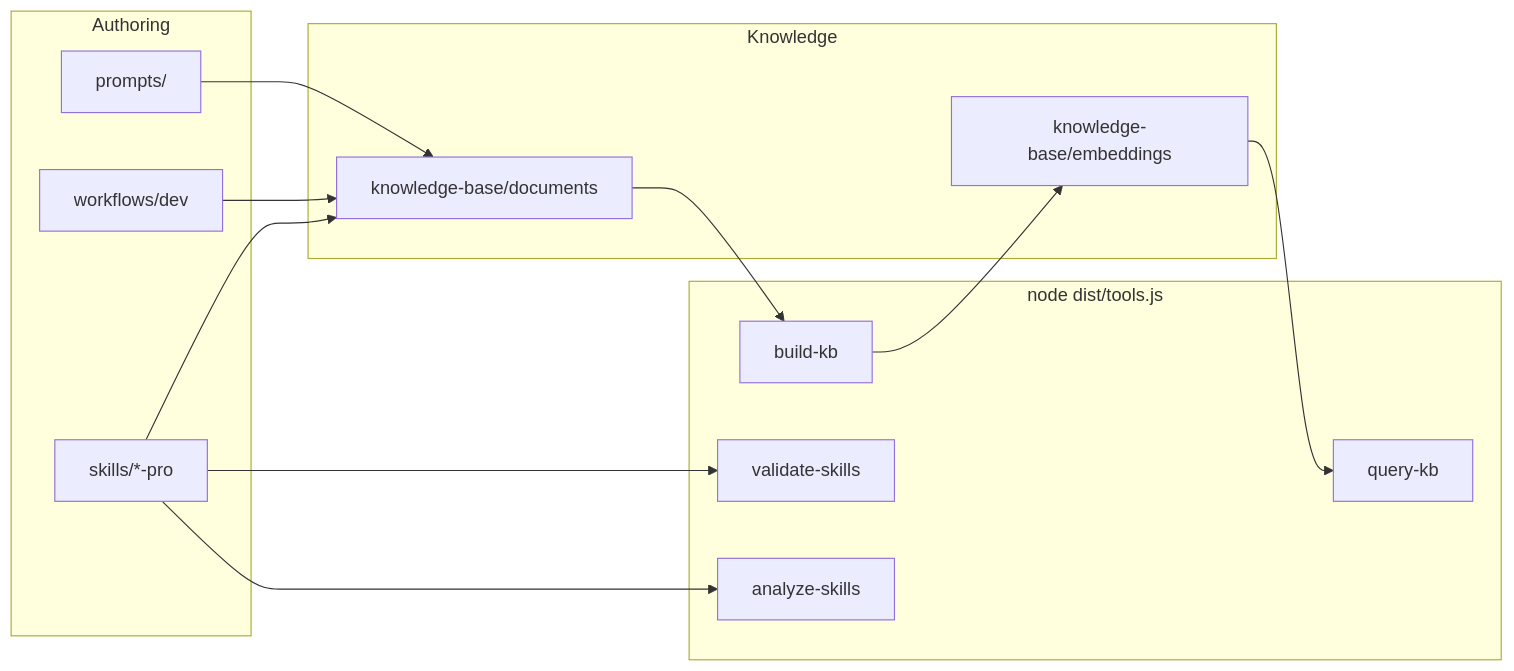
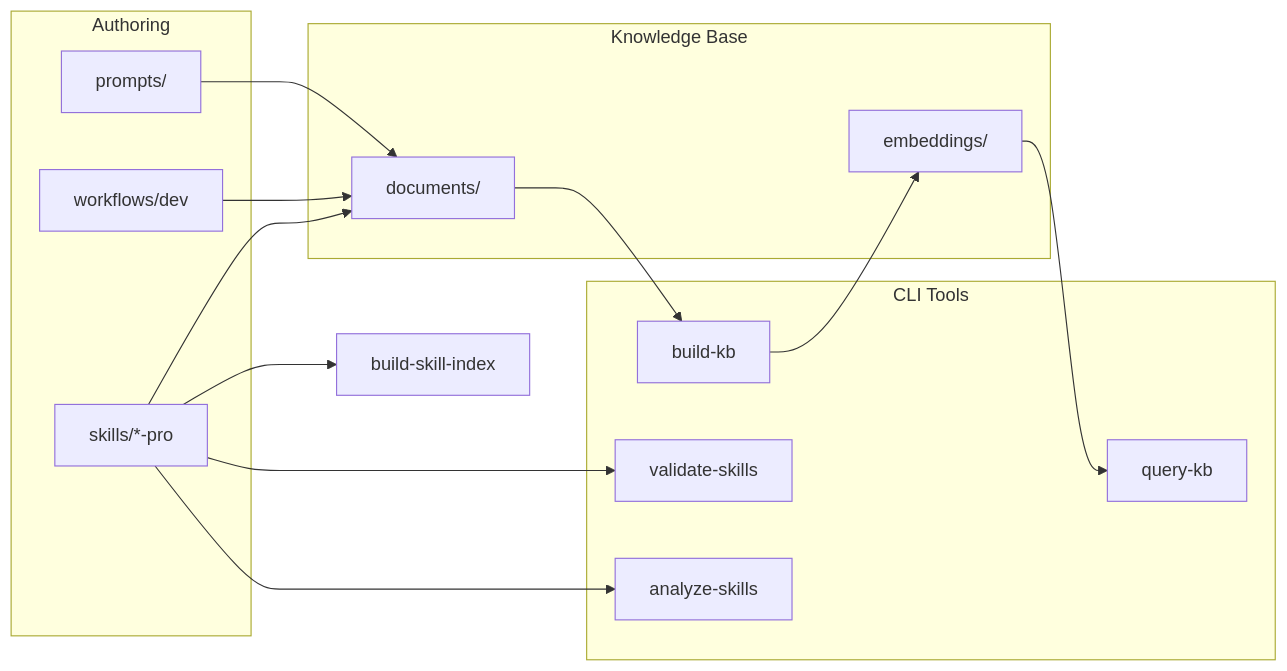
The diagram in README.md (truongnat/skills), drawn with Mermaid before and after one commit. The commit also changed other lines of this file and 151 other files, not shown here.

First line of the commit message:
feat: integrate Karpathy principles, add graph analysis, fix paths

````diff
--- a/README.md
+++ b/README.md
@@ -74,31 +74,34 @@
 ```mermaid
 flowchart LR
-  subgraph Authoring
-    SKILLS[skills/*-pro]
-    WF[workflows/dev]
-    PROMPTS[prompts/]
+  subgraph Authoring["Authoring"]
+    SKILLS["skills/*-pro"]
+    WF["workflows/dev"]
+    PROMPTS["prompts/"]
   end
 
-  subgraph Knowledge
-    DOCS[knowledge-base/documents]
-    EMB[knowledge-base/embeddings]
+  subgraph Knowledge["Knowledge Base"]
+    DOCS["documents/"]
+    EMB["embeddings/"]
   end
 
-  subgraph CLI["node dist/tools.js"]
-    BUILD[build-kb]
-    QUERY[query-kb]
-    VALID[validate-skills]
-    ANALYZE[analyze-skills]
+  subgraph Tools["CLI Tools"]
+    BUILD["build-kb"]
+    QUERY["query-kb"]
+    VALID["validate-skills"]
+    ANALYZE["analyze-skills"]
   end
+
+  SKILL_INDEX["build-skill-index"]
 
   SKILLS --> DOCS
   WF --> DOCS
   PROMPTS --> DOCS
 
   DOCS --> BUILD
   BUILD --> EMB
   EMB --> QUERY
 
   SKILLS --> VALID
   SKILLS --> ANALYZE
+  SKILLS --> SKILL_INDEX
 ```
````
